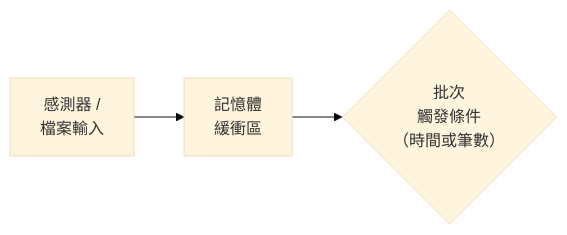
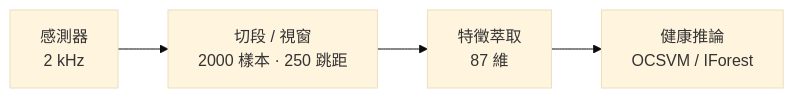
One commit to jiejiefu/blog changed the third of 14 diagrams in content/zh-tw/projects/edge-ai-platform-ppt169/index.md. Above: the diagram before and after it, drawn with Mermaid (base theme). The commit also changed other lines of this file and 4 other files, not shown here.

````diff
--- a/content/zh-tw/projects/edge-ai-platform-ppt169/index.md
+++ b/content/zh-tw/projects/edge-ai-platform-ppt169/index.md
@@ -198,5 +205,6 @@
 ```mermaid
 flowchart LR
-    A["感測器 /<br/>檔案輸入"] --> B["記憶體<br/>緩衝區"]
-    B --> C{"批次<br/>觸發條件<br/>（時間或筆數）"}
+    A["感測器<br/>2 kHz"] --> B["切段 / 視窗<br/>2000 樣本 · 250 跳距"]
+    B --> C["特徵萃取<br/>87 維"]
+    C --> D["健康推論<br/>OCSVM / IForest"]
 ```
````
